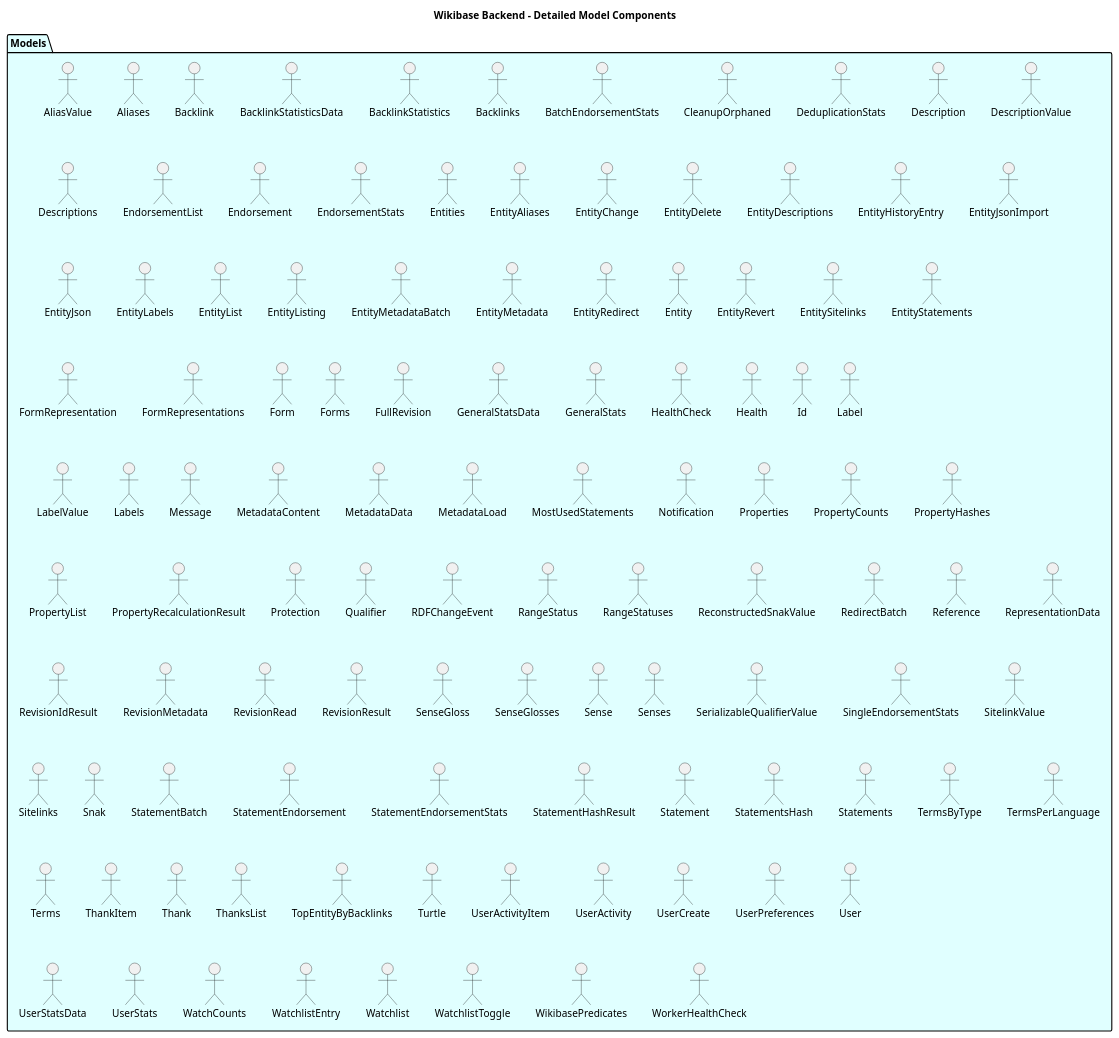
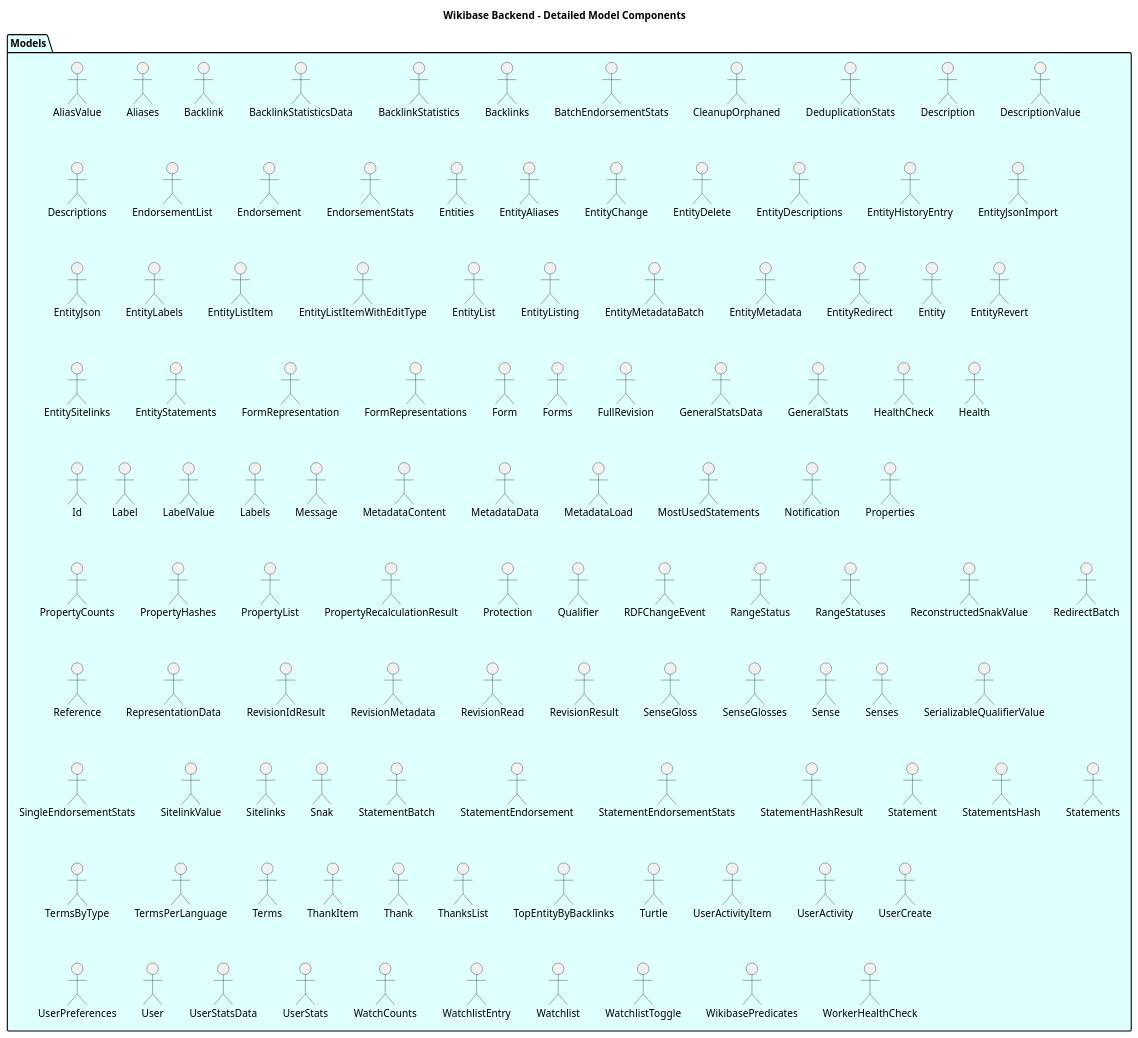
One commit to dpriskorn/entitybase-backend changed the diagram in doc/DIAGRAMS/detailed_model_components.puml. Above: the diagram before and after it, drawn with PlantUML. The commit also changed 30 other files, not shown here.

```diff
--- a/doc/DIAGRAMS/detailed_model_components.puml
+++ b/doc/DIAGRAMS/detailed_model_components.puml
@@ -1,115 +1,117 @@
 @startuml Detailed Model Components
 
 title Wikibase Backend - Detailed Model Components
 
 package "Models" as Models #LightCyan {
     "AliasValue" as AliasValue
     "Aliases" as AliasesResponse
     "Backlink" as BacklinkResponse
     "BacklinkStatisticsData" as BacklinkStatisticsData
     "BacklinkStatistics" as BacklinkStatisticsResponse
     "Backlinks" as BacklinksResponse
     "BatchEndorsementStats" as BatchEndorsementStatsResponse
     "CleanupOrphaned" as CleanupOrphanedResponse
     "DeduplicationStats" as DeduplicationStatsResponse
     "Description" as DescriptionResponse
     "DescriptionValue" as DescriptionValue
     "Descriptions" as DescriptionsResponse
     "EndorsementList" as EndorsementListResponse
     "Endorsement" as EndorsementResponse
     "EndorsementStats" as EndorsementStatsResponse
     "Entities" as EntitiesResponse
     "EntityAliases" as EntityAliasesResponse
     "EntityChange" as EntityChange
     "EntityDelete" as EntityDeleteResponse
     "EntityDescriptions" as EntityDescriptionsResponse
     "EntityHistoryEntry" as EntityHistoryEntry
     "EntityJsonImport" as EntityJsonImportResponse
     "EntityJson" as EntityJsonResponse
     "EntityLabels" as EntityLabelsResponse
+    "EntityListItem" as EntityListItem
+    "EntityListItemWithEditType" as EntityListItemWithEditType
     "EntityList" as EntityListResponse
     "EntityListing" as EntityListing
     "EntityMetadataBatch" as EntityMetadataBatchResponse
     "EntityMetadata" as EntityMetadataResponse
     "EntityRedirect" as EntityRedirectResponse
     "Entity" as EntityResponse
     "EntityRevert" as EntityRevertResponse
     "EntitySitelinks" as EntitySitelinksResponse
     "EntityStatements" as EntityStatementsResponse
     "FormRepresentation" as FormRepresentationResponse
     "FormRepresentations" as FormRepresentationsResponse
     "Form" as FormResponse
     "Forms" as FormsResponse
     "FullRevision" as FullRevisionResponse
     "GeneralStatsData" as GeneralStatsData
     "GeneralStats" as GeneralStatsResponse
     "HealthCheck" as HealthCheckResponse
     "Health" as HealthResponse
     "Id" as IdResponse
     "Label" as LabelResponse
     "LabelValue" as LabelValue
     "Labels" as LabelsResponse
     "Message" as MessageResponse
     "MetadataContent" as MetadataContent
     "MetadataData" as MetadataData
     "MetadataLoad" as MetadataLoadResponse
     "MostUsedStatements" as MostUsedStatementsResponse
     "Notification" as NotificationResponse
     "Properties" as PropertiesResponse
     "PropertyCounts" as PropertyCountsResponse
     "PropertyHashes" as PropertyHashesResponse
     "PropertyList" as PropertyListResponse
     "PropertyRecalculationResult" as PropertyRecalculationResult
     "Protection" as ProtectionResponse
     "Qualifier" as QualifierResponse
     "RDFChangeEvent" as RDFChangeEvent
     "RangeStatus" as RangeStatus
     "RangeStatuses" as RangeStatuses
     "ReconstructedSnakValue" as ReconstructedSnakValue
     "RedirectBatch" as RedirectBatchResponse
     "Reference" as ReferenceResponse
     "RepresentationData" as RepresentationData
     "RevisionIdResult" as RevisionIdResult
     "RevisionMetadata" as RevisionMetadataResponse
     "RevisionRead" as RevisionReadResponse
     "RevisionResult" as RevisionResult
     "SenseGloss" as SenseGlossResponse
     "SenseGlosses" as SenseGlossesResponse
     "Sense" as SenseResponse
     "Senses" as SensesResponse
     "SerializableQualifierValue" as SerializableQualifierValue
     "SingleEndorsementStats" as SingleEndorsementStatsResponse
     "SitelinkValue" as SitelinkValue
     "Sitelinks" as SitelinksResponse
     "Snak" as SnakResponse
     "StatementBatch" as StatementBatchResponse
     "StatementEndorsement" as StatementEndorsementResponse
     "StatementEndorsementStats" as StatementEndorsementStats
     "StatementHashResult" as StatementHashResult
     "Statement" as StatementResponse
     "StatementsHash" as StatementsHashResponse
     "Statements" as StatementsResponse
     "TermsByType" as TermsByType
     "TermsPerLanguage" as TermsPerLanguage
     "Terms" as TermsResponse
     "ThankItem" as ThankItemResponse
     "Thank" as ThankResponse
     "ThanksList" as ThanksListResponse
     "TopEntityByBacklinks" as TopEntityByBacklinks
     "Turtle" as TurtleResponse
     "UserActivityItem" as UserActivityItemResponse
     "UserActivity" as UserActivityResponse
     "UserCreate" as UserCreateResponse
     "UserPreferences" as UserPreferencesResponse
     "User" as UserResponse
     "UserStatsData" as UserStatsData
     "UserStats" as UserStatsResponse
     "WatchCounts" as WatchCounts
     "WatchlistEntry" as WatchlistEntryResponse
     "Watchlist" as WatchlistResponse
     "WatchlistToggle" as WatchlistToggleResponse
     "WikibasePredicates" as WikibasePredicatesResponse
     "WorkerHealthCheck" as WorkerHealthCheckResponse
 }
 
 @enduml
```
